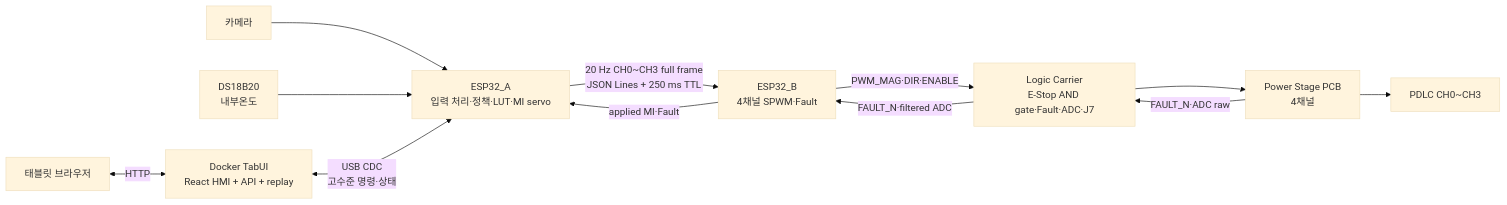
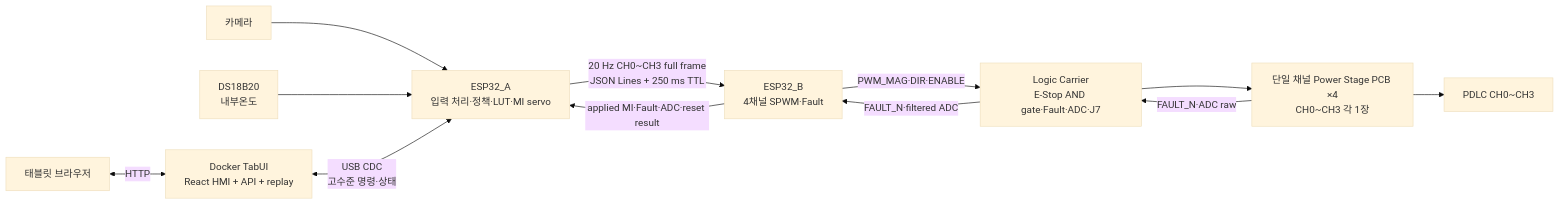
Before and after one commit to ifinalp0/2026ESWcontest_free_KUGLASS: the diagram in README.md, drawn with Mermaid (base theme). The commit also changed other lines of this file and 74 other files, not shown here.

````diff
--- a/README.md
+++ b/README.md
@@ -9,14 +9,14 @@
 ```mermaid
 flowchart LR
     CAM[카메라] --> A[ESP32_A<br/>입력 처리·정책·LUT·MI servo]
     TEMP[DS18B20<br/>내부온도] --> A
     A -->|20 Hz CH0~CH3 full frame<br/>JSON Lines + 250 ms TTL| B[ESP32_B<br/>4채널 SPWM·Fault]
     B -->|PWM_MAG·DIR·ENABLE| CARRIER[Logic Carrier<br/>E-Stop AND gate·Fault·ADC·J7]
-    CARRIER --> POWER[Power Stage PCB<br/>4채널]
+    CARRIER --> POWER[단일 채널 Power Stage PCB ×4<br/>CH0~CH3 각 1장]
     POWER -->|FAULT_N·ADC raw| CARRIER
     CARRIER -->|FAULT_N·filtered ADC| B
     POWER --> PDLC[PDLC CH0~CH3]
-    B -->|applied MI·Fault| A
+    B -->|applied MI·Fault·ADC·reset result| A
     TABLET[태블릿 브라우저] <-->|HTTP| TAB[Docker TabUI<br/>React HMI + API + replay]
     TAB <-->|USB CDC<br/>고수준 명령·상태| A
 ```
````
